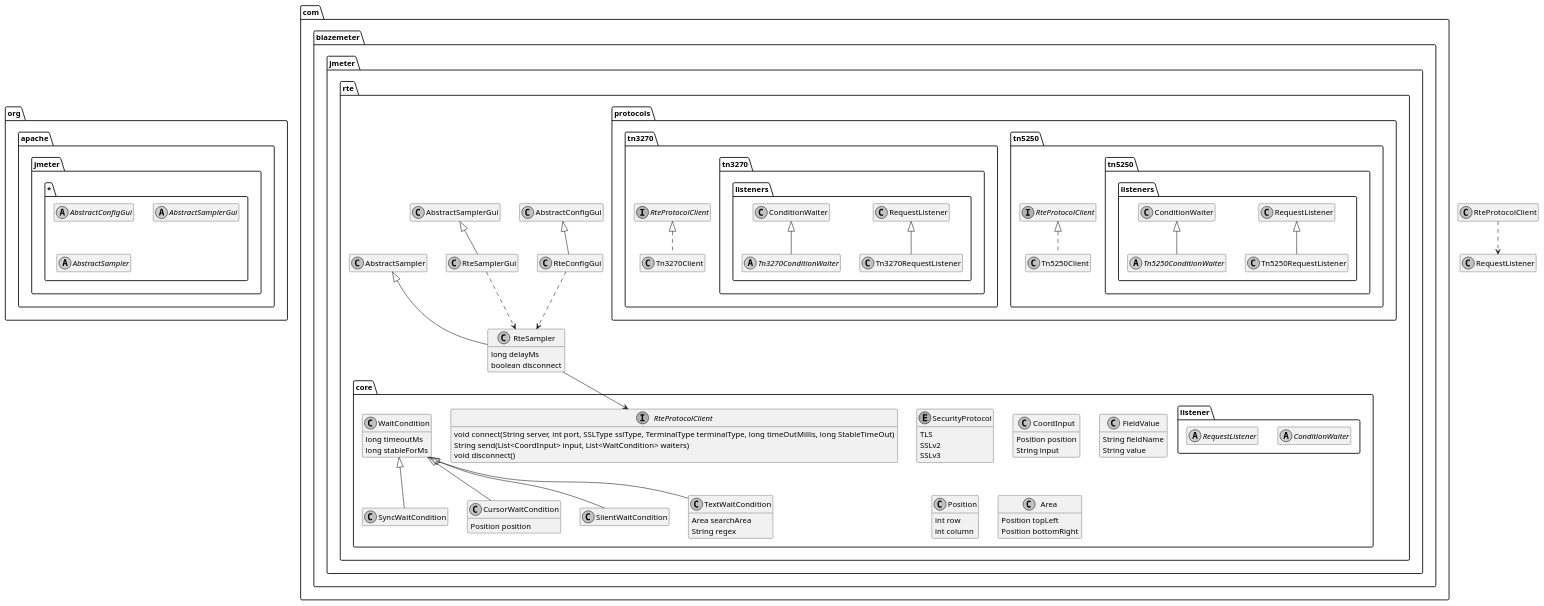
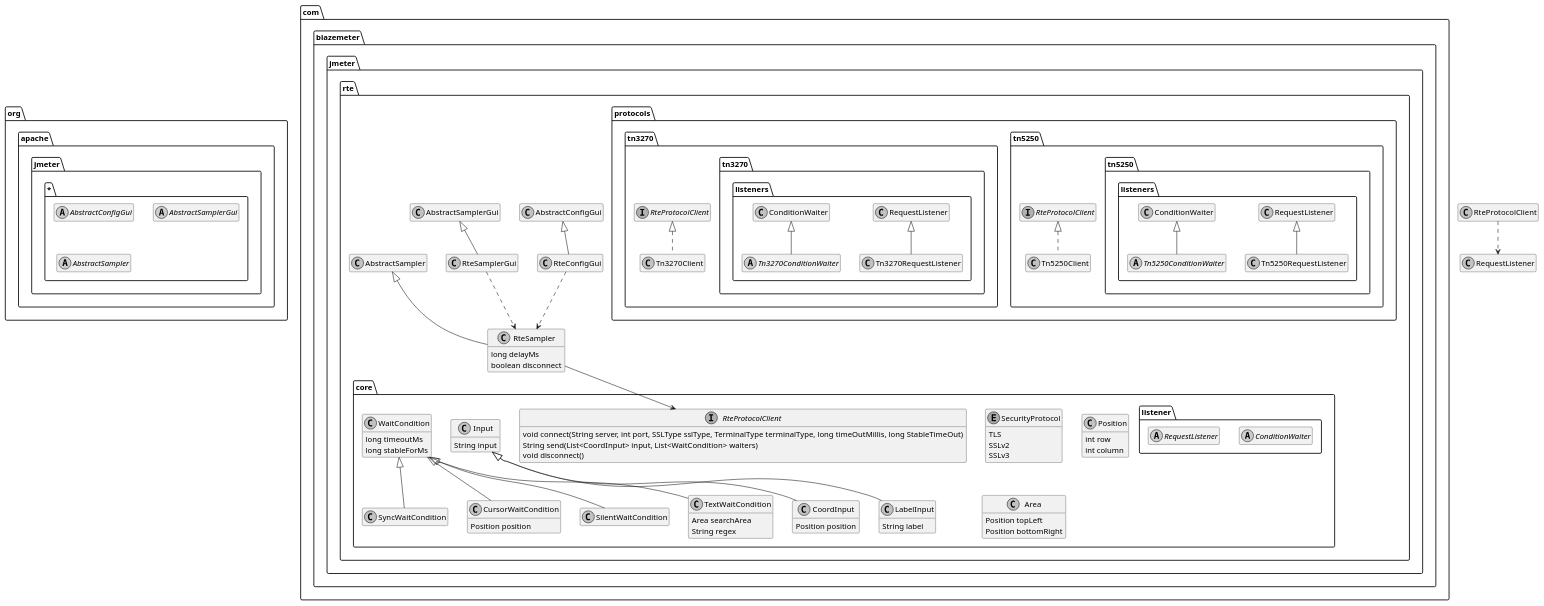
One commit to Blazemeter/RTEPlugin changed the diagram in docs/class-diagram.puml. Above: the diagram before and after it, drawn with PlantUML. The commit also changed 2 other files, not shown here.

Commit message:
InputPanelTests have been added
Also updating the UML

```diff
--- a/docs/class-diagram.puml
+++ b/docs/class-diagram.puml
@@ -1,115 +1,117 @@
 @startuml
 
 skinparam monochrome true
 hide empty members
 
 package org.apache.jmeter.* {
     abstract class AbstractConfigGui
 
     abstract class AbstractSamplerGui
 
     abstract class AbstractSampler
 }
 
 package com.blazemeter.jmeter.rte {
 
     class RteConfigGui extends AbstractConfigGui {
     }
     RteSamplerGui ..> RteSampler
 
     class RteSamplerGui extends AbstractSamplerGui {
     }
     RteConfigGui ..> RteSampler
 
     class RteSampler extends AbstractSampler {
         long delayMs
         boolean disconnect
     }
 
     package core {
         RteSampler --> RteProtocolClient
         interface RteProtocolClient {
             void connect(String server, int port, SSLType sslType, TerminalType terminalType, long timeOutMillis, long StableTimeOut)
             String send(List<CoordInput> input, List<WaitCondition> waiters)
             void disconnect()
         }
 
         enum SecurityProtocol {
             TLS
             SSLv2
             SSLv3
         }
 
-        class CoordInput {
-            Position position
+        class Input{
             String input
         }
-
-        class FieldValue {
-            String fieldName
-            String value
+        
+        class CoordInput extends Input{
+        Position position
+        }
+        
+        class LabelInput extends Input{
+        String label
         }
 
         class Position {
             int row
             int column
         }
 
         class Area {
             Position topLeft
             Position bottomRight
         }
 
         class WaitCondition {
             long timeoutMs
             long stableForMs
         }
 
         class SyncWaitCondition extends WaitCondition
 
         class CursorWaitCondition extends WaitCondition {
             Position position
         }
 
         class SilentWaitCondition extends WaitCondition
 
         class TextWaitCondition extends WaitCondition {
             Area searchArea
             String regex
         }
 
         package listener {
             abstract class ConditionWaiter{
             }
             abstract class RequestListener{
             }
         }
 
     }
 
     package protocols {
         package tn5250 {
             package tn5250.listeners {
                 class Tn5250RequestListener extends RequestListener
                 abstract class Tn5250ConditionWaiter extends ConditionWaiter
             }
             class Tn5250Client implements RteProtocolClient {
             }
         }
 
         package tn3270 {
             package tn3270.listeners {
                 class Tn3270RequestListener extends RequestListener
                 abstract class Tn3270ConditionWaiter extends ConditionWaiter
             }
 
             class Tn3270Client implements RteProtocolClient {
             }
         }
 
     }
 
 }
 RteProtocolClient ..> RequestListener
 
 @enduml
```
